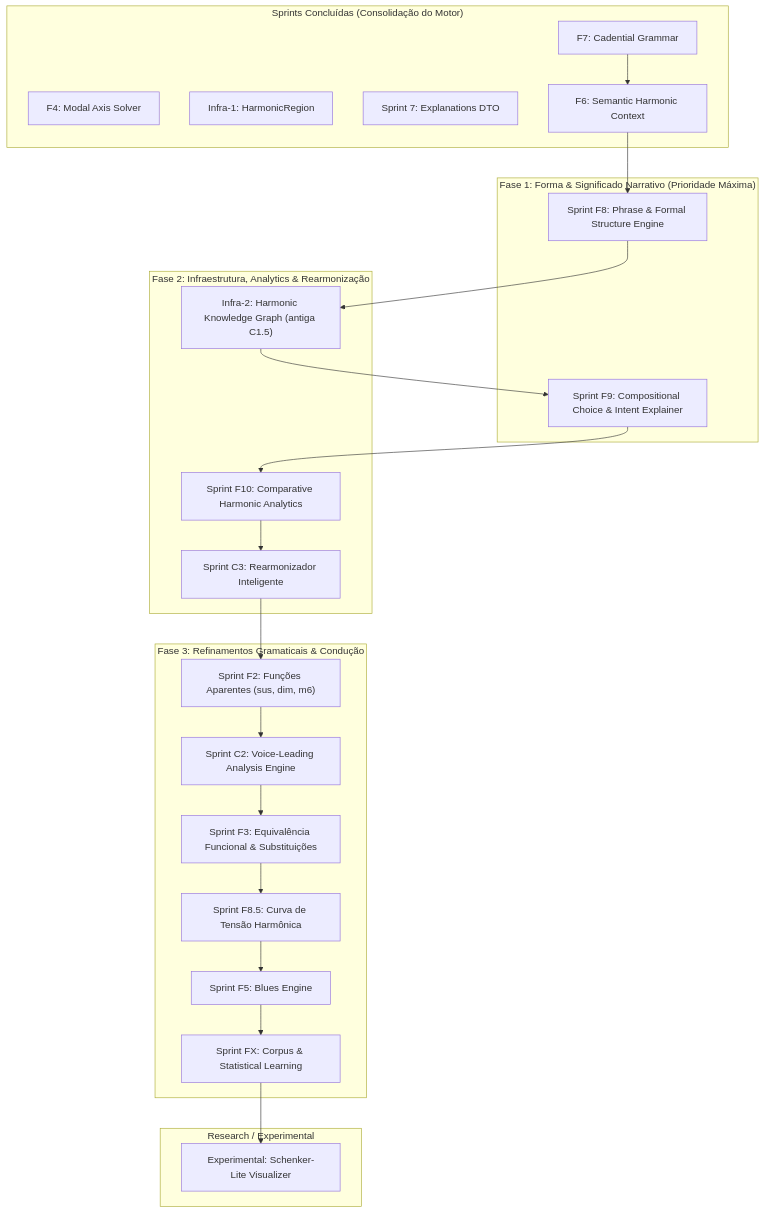
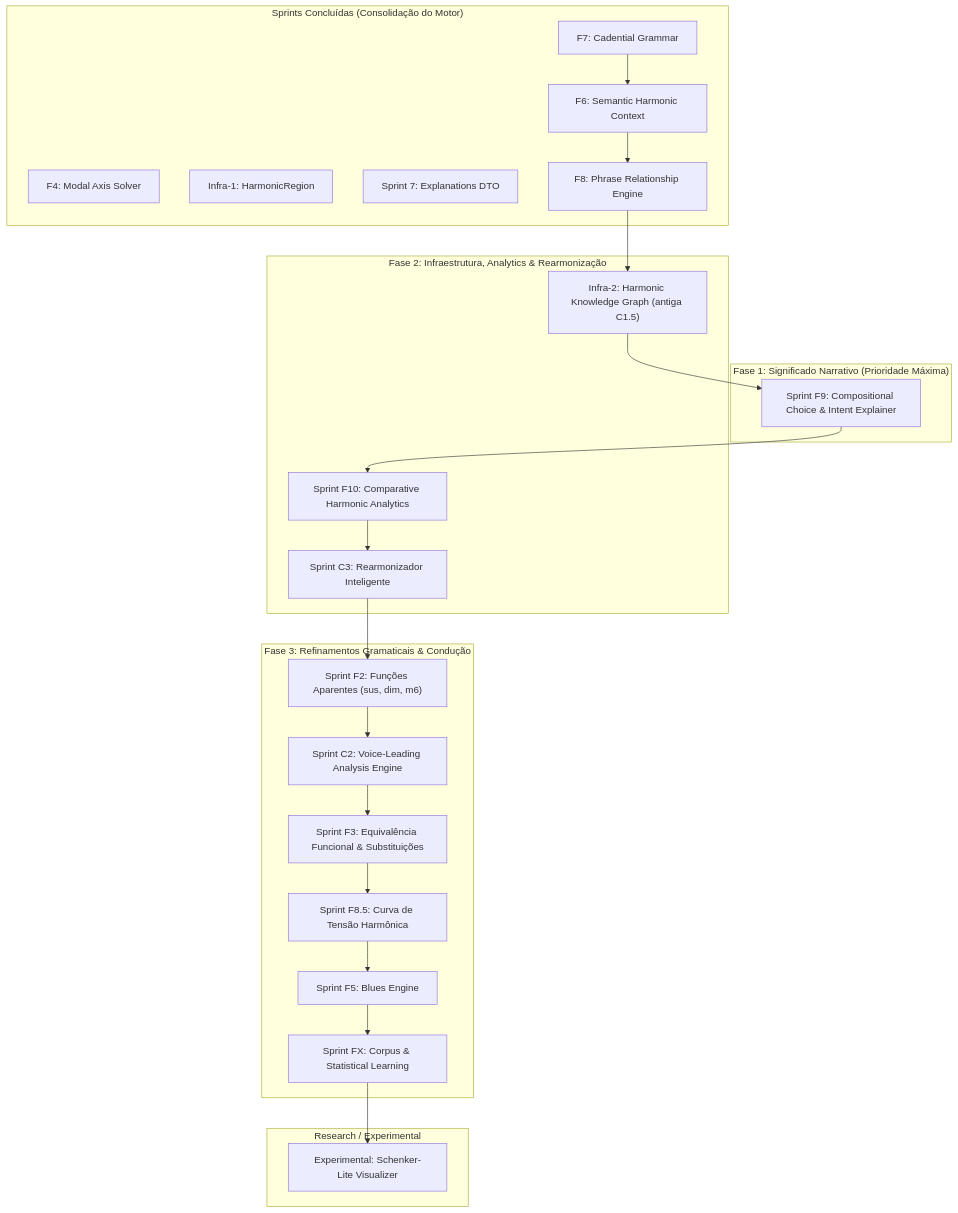
The diagram in sprints/future_sprints.md (gustavoesteves/FindChord), drawn with Mermaid before and after one commit. The commit also changed other lines of this file, not shown here.

Commit message:
docs(roadmap): update future sprints roadmap to mark F8 completed

````diff
--- a/sprints/future_sprints.md
+++ b/sprints/future_sprints.md
@@ -36,48 +36,48 @@
 ```mermaid
 graph TD
     subgraph "Sprints Concluídas (Consolidação do Motor)"
         C4["F4: Modal Axis Solver"]
         CI1["Infra-1: HarmonicRegion"]
         CS7["Sprint 7: Explanations DTO"]
         CF7["F7: Cadential Grammar"]
         F6["F6: Semantic Harmonic Context"]
+        F8["F8: Phrase Relationship Engine"]
     end
 
-    subgraph "Fase 1: Forma & Significado Narrativo (Prioridade Máxima)"
-        F8["Sprint F8: Phrase & Formal Structure Engine"]
+    subgraph "Fase 1: Significado Narrativo (Prioridade Máxima)"
         F9["Sprint F9: Compositional Choice & Intent Explainer"]
     end
     
     subgraph "Fase 2: Infraestrutura, Analytics & Rearmonização"
         I2["Infra-2: Harmonic Knowledge Graph (antiga C1.5)"]
         F10["Sprint F10: Comparative Harmonic Analytics"]
         C3["Sprint C3: Rearmonizador Inteligente"]
     end
 
     subgraph "Fase 3: Refinamentos Gramaticais & Condução"
         F2["Sprint F2: Funções Aparentes (sus, dim, m6)"]
         C2["Sprint C2: Voice-Leading Analysis Engine"]
         F3["Sprint F3: Equivalência Funcional & Substituições"]
         F8T["Sprint F8.5: Curva de Tensão Harmônica"]
         F5["Sprint F5: Blues Engine"]
         FX["Sprint FX: Corpus & Statistical Learning"]
     end
 
     subgraph "Research / Experimental"
         C1["Experimental: Schenker-Lite Visualizer"]
     end
 
     CF7 --> F6
     F6 --> F8
     F8 --> I2
     I2 --> F9
     F9 --> F10
     F10 --> C3
     C3 --> F2
     F2 --> C2
     C2 --> F3
     F3 --> F8T
     F8T --> F5
     F5 --> FX
     FX --> C1
 ```
````
